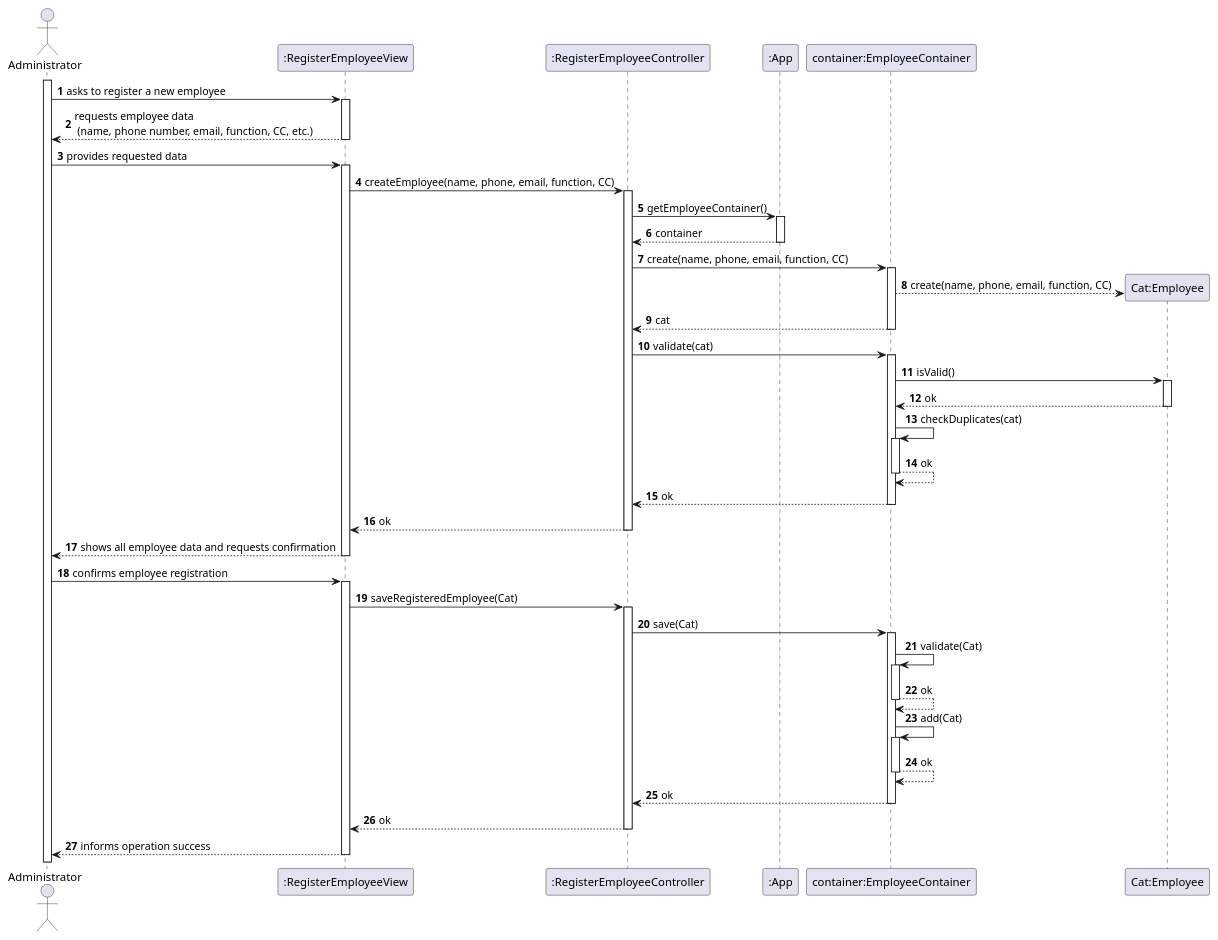
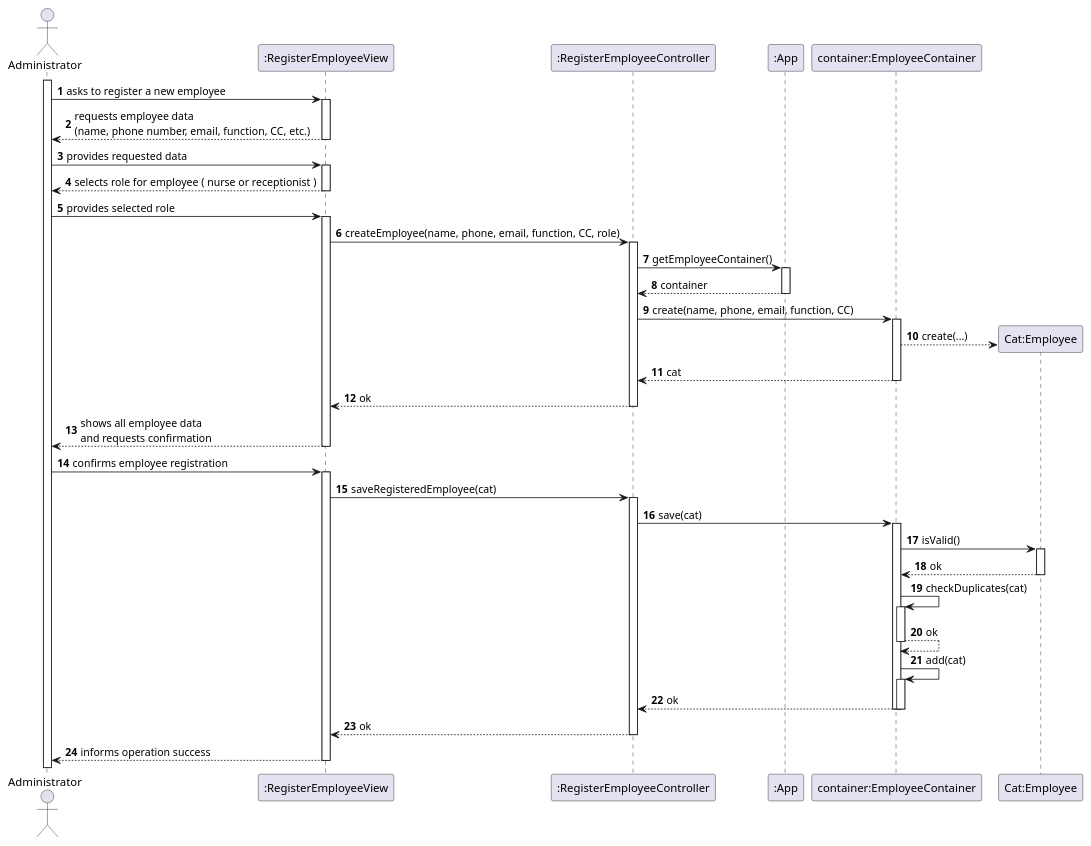
Before and after one commit to Parafita123/leti-esoft-25-26-B1: the diagram in docs/Sprint2/US14/puml/US14-SD.puml, drawn with PlantUML. The commit also changed 6 other files, not shown here.

```diff
--- a/docs/Sprint2/US14/puml/US14-SD.puml
+++ b/docs/Sprint2/US14/puml/US14-SD.puml
@@ -1,47 +1,51 @@
 @startuml
 'https://plantuml.com/sequence-diagram
 
 autoactivate on
 autonumber
 
 actor "Administrator" as Admin
 participant ":RegisterEmployeeView" as View
 participant ":RegisterEmployeeController" as Ctrl
 participant ":App" as App
 participant "container:EmployeeContainer" as Container
 participant "Cat:Employee" as Employee
 
 activate Admin
 
 Admin -> View: asks to register a new employee
-View --> Admin: requests employee data \n (name, phone number, email, function, CC, etc.)
+View --> Admin: requests employee data \n(name, phone number, email, function, CC, etc.)
 
 Admin -> View: provides requested data
-View -> Ctrl: createEmployee(name, phone, email, function, CC)
+View --> Admin: selects role for employee ( nurse or receptionist )
+Admin -> View: provides selected role
+View -> Ctrl: createEmployee(name, phone, email, function, CC, role)
+
 Ctrl -> App: getEmployeeContainer()
 App --> Ctrl: container
 
 Ctrl -> Container: create(name, phone, email, function, CC)
-Container --> Employee**: create(name, phone, email, function, CC)
+Container --> Employee**: create(...)
 Container --> Ctrl: cat
-Ctrl -> Container: validate(cat)
+
+Ctrl --> View: ok
+View --> Admin: shows all employee data\nand requests confirmation
+
+Admin -> View: confirms employee registration
+View -> Ctrl: saveRegisteredEmployee(cat)
+
+Ctrl -> Container: save(cat)
 Container -> Employee: isValid()
 Employee --> Container: ok
+
 Container -> Container: checkDuplicates(cat)
 Container --> Container: ok
+
+Container -> Container: add(cat)
 Container --> Ctrl: ok
-Ctrl --> View: ok
-View --> Admin: shows all employee data and requests confirmation
+deactivate Container
 
-Admin -> View: confirms employee registration
-View -> Ctrl: saveRegisteredEmployee(Cat)
-Ctrl -> Container: save(Cat)
-Container -> Container: validate(Cat)
-Container --> Container: ok
-Container -> Container: add(Cat)
-Container --> Container: ok
-Container --> Ctrl: ok
 Ctrl --> View: ok
 View --> Admin: informs operation success
 
 @enduml
```
